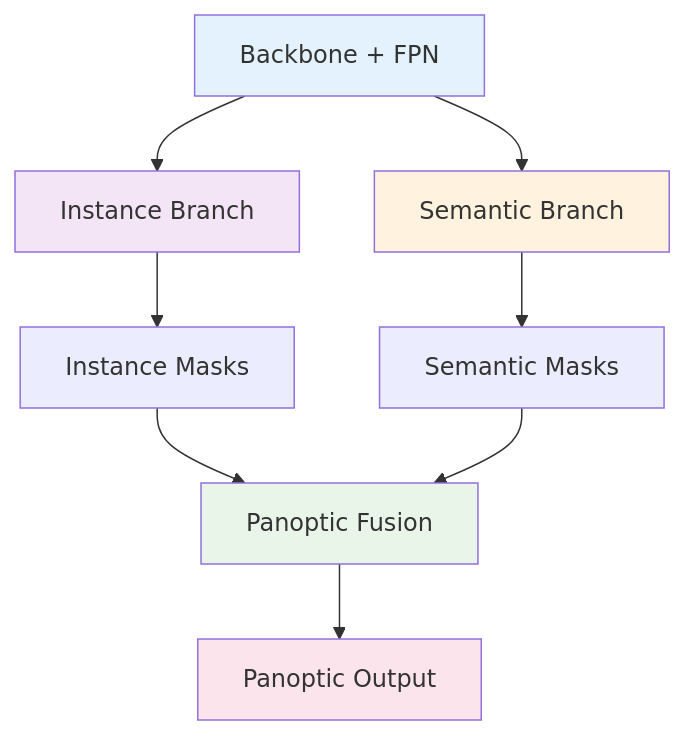
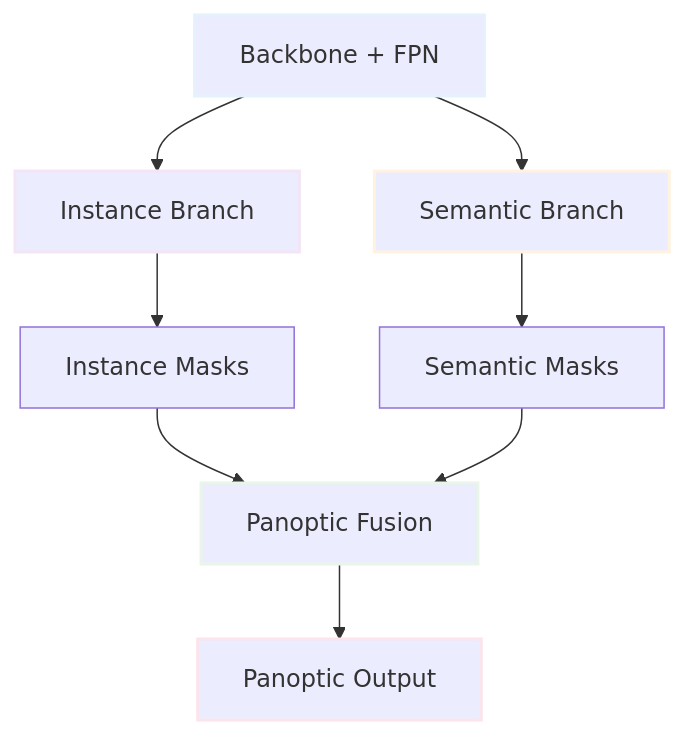
The third of 3 diagrams in 스터디/IS_09_instance_segmentation.md (c0z0c/sprint_mission), drawn with Mermaid before and after one commit. The commit also changed other lines of this file and 14 other files, not shown here.

````diff
--- a/스터디/IS_09_instance_segmentation.md
+++ b/스터디/IS_09_instance_segmentation.md
@@ -489,16 +489,16 @@
 ```mermaid
 graph TB
     A["Backbone + FPN"] --> B["Instance Branch"]
     A --> C["Semantic Branch"]
     B --> D["Instance Masks"]
     C --> E["Semantic Masks"]
     D --> F["Panoptic Fusion"]
     E --> F
     F --> G["Panoptic Output"]
     
-    style A fill:#e3f2fd
-    style B fill:#f3e5f5
-    style C fill:#fff3e0
-    style F fill:#e8f5e8
-    style G fill:#fce4ec
+    style A stroke-width:2px,stroke:#e3f2fd
+    style B stroke-width:2px,stroke:#f3e5f5
+    style C stroke-width:2px,stroke:#fff3e0
+    style F stroke-width:2px,stroke:#e8f5e8
+    style G stroke-width:2px,stroke:#fce4ec
 ```
````
